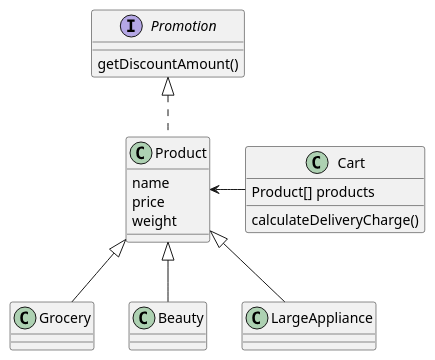
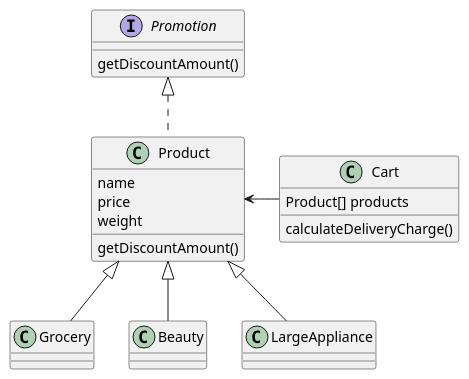
Before and after one commit to Jindo-Dog/ESTsoft: the diagram in ESTsoft-java-project/src/chap08/quiz/shoppingmall.puml, drawn with PlantUML.

Commit message:
JAVA - 240910

```diff
--- a/ESTsoft-java-project/src/chap08/quiz/shoppingmall.puml
+++ b/ESTsoft-java-project/src/chap08/quiz/shoppingmall.puml
@@ -1,24 +1,25 @@
 @startuml
 
 interface Promotion{
     getDiscountAmount()
 }
 
 class Product implements Promotion{
     name
     price
     weight
+    getDiscountAmount()
 }
 
 class Grocery extends Product
 class Beauty extends Product
 class LargeAppliance extends Product
 
 class Cart {
     Product[] products
     calculateDeliveryCharge()
 }
 
 Cart -left-> Product
 
 @enduml
```
